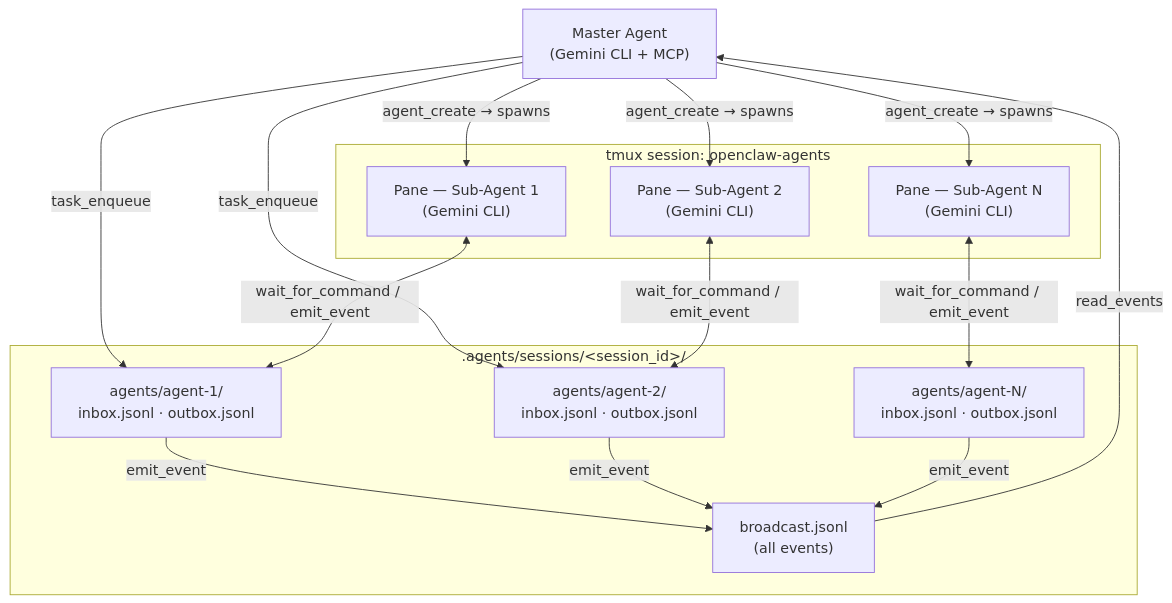
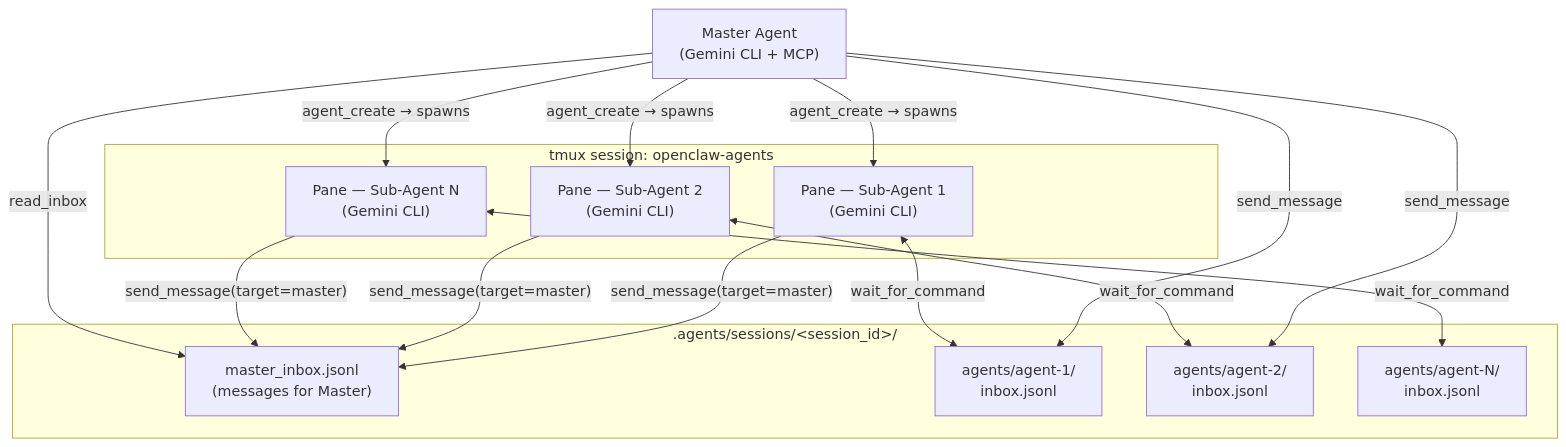
Before and after one commit to kkweon/agent-orchestrator-mcp: the second of 3 diagrams in README.md, drawn with Mermaid. The commit also changed other lines of this file and 3 other files, not shown here.

First line of the commit message:
fix(mcp): clarify polling instructions in tool descriptions for Master agent (#4)

````diff
--- a/README.md
+++ b/README.md
@@ -48,34 +48,34 @@
 ```mermaid
 graph TD
     Master["Master Agent<br/>(Gemini CLI + MCP)"]
 
     subgraph Tmux["tmux session: openclaw-agents"]
         P1["Pane — Sub-Agent 1<br/>(Gemini CLI)"]
         P2["Pane — Sub-Agent 2<br/>(Gemini CLI)"]
         PN["Pane — Sub-Agent N<br/>(Gemini CLI)"]
     end
 
     subgraph FS[".agents/sessions/&lt;session_id&gt;/"]
-        BC["broadcast.jsonl<br/>(all events)"]
-        D1["agents/agent-1/<br/>inbox.jsonl · outbox.jsonl"]
-        D2["agents/agent-2/<br/>inbox.jsonl · outbox.jsonl"]
-        DN["agents/agent-N/<br/>inbox.jsonl · outbox.jsonl"]
+        MI["master_inbox.jsonl<br/>(messages for Master)"]
+        D1["agents/agent-1/<br/>inbox.jsonl"]
+        D2["agents/agent-2/<br/>inbox.jsonl"]
+        DN["agents/agent-N/<br/>inbox.jsonl"]
     end
 
     Master -->|"agent_create → spawns"| P1
     Master -->|"agent_create → spawns"| P2
     Master -->|"agent_create → spawns"| PN
 
-    Master -->|"task_enqueue"| D1
-    Master -->|"task_enqueue"| D2
+    Master -->|"send_message"| D1
+    Master -->|"send_message"| D2
 
-    P1 <-->|"wait_for_command / emit_event"| D1
-    P2 <-->|"wait_for_command / emit_event"| D2
-    PN <-->|"wait_for_command / emit_event"| DN
+    P1 <-->|"wait_for_command"| D1
+    P2 <-->|"wait_for_command"| D2
+    PN <-->|"wait_for_command"| DN
 
-    D1 -->|"emit_event"| BC
-    D2 -->|"emit_event"| BC
-    DN -->|"emit_event"| BC
+    P1 -->|"send_message(target=master)"| MI
+    P2 -->|"send_message(target=master)"| MI
+    PN -->|"send_message(target=master)"| MI
 
-    BC -->|"read_events"| Master
+    Master -->|"read_inbox"| MI
 ```
````
